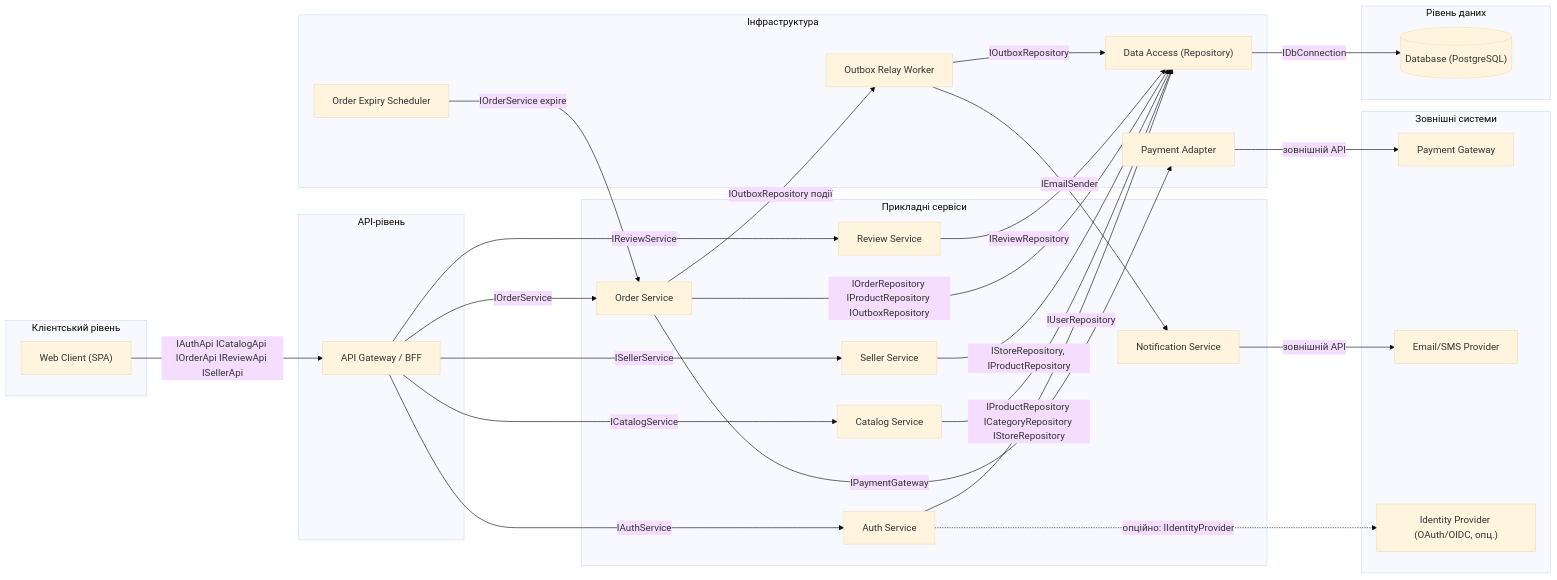
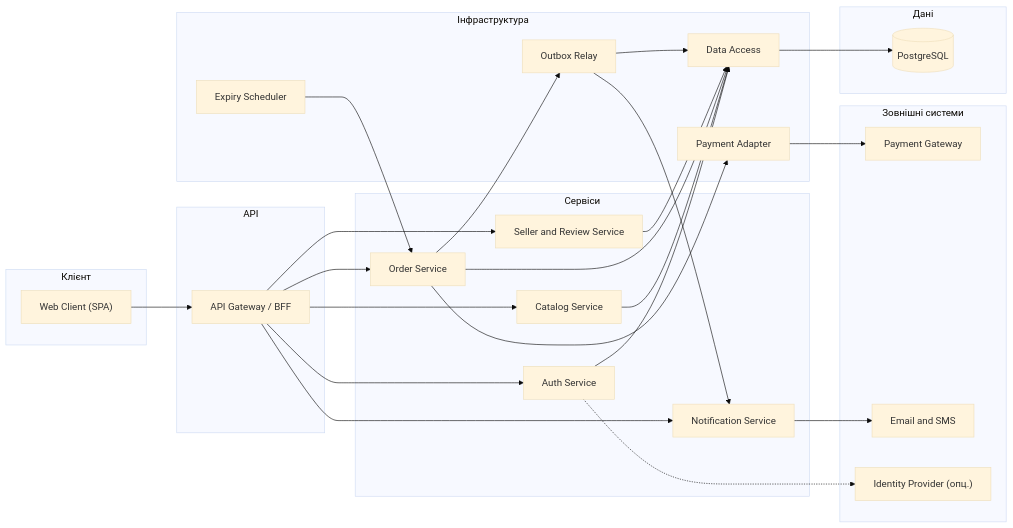
Before and after one commit to Stefect/Modeling-and-Analysis-of-Software-Requirements: the diagram in task-5/component.md, drawn with Mermaid (base theme). The commit also changed other lines of this file, not shown here.

Commit message:
refactor: спрощено Mermaid-діаграму (оглядова, читабельна)

````diff
--- a/task-5/component.md
+++ b/task-5/component.md
@@ -7,74 +7,66 @@
 ```mermaid
 flowchart LR
     %% --- Клієнт ---
-    subgraph Client["Клієнтський рівень"]
+    subgraph Client["Клієнт"]
         WebClient["Web Client (SPA)"]
     end
 
     %% --- API ---
-    subgraph API["API-рівень"]
+    subgraph API["API"]
         Gateway["API Gateway / BFF"]
     end
 
     %% --- Сервіси ---
-    subgraph Services["Прикладні сервіси"]
+    subgraph Services["Сервіси"]
         AuthService["Auth Service"]
         CatalogService["Catalog Service"]
-        SellerService["Seller Service"]
         OrderService["Order Service"]
-        ReviewService["Review Service"]
+        SellerReviewService["Seller and Review Service"]
         NotificationService["Notification Service"]
     end
 
     %% --- Інфраструктура ---
     subgraph Infra["Інфраструктура"]
         PaymentAdapter["Payment Adapter"]
-        OutboxRelay["Outbox Relay Worker"]
-        ExpiryScheduler["Order Expiry Scheduler"]
-        DataAccess["Data Access (Repository)"]
+        OutboxRelay["Outbox Relay"]
+        ExpiryScheduler["Expiry Scheduler"]
+        DataAccess["Data Access"]
     end
 
     %% --- Дані ---
-    subgraph Data["Рівень даних"]
-        Database[("Database (PostgreSQL)")]
+    subgraph Data["Дані"]
+        Database[("PostgreSQL")]
     end
 
-    %% --- Зовнішні системи ---
+    %% --- Зовнішні ---
     subgraph External["Зовнішні системи"]
         PaymentGateway["Payment Gateway"]
-        EmailProvider["Email/SMS Provider"]
-        IdentityProvider["Identity Provider (OAuth/OIDC, опц.)"]
+        EmailProvider["Email and SMS"]
+        IdentityProvider["Identity Provider (опц.)"]
     end
 
-    %% --- Зв'язки клієнт- API ---
-    WebClient -->|IAuthApi ICatalogApi IOrderApi IReviewApi ISellerApi| Gateway
+    %% --- Зв'язки ---
+    WebClient --> Gateway
+    Gateway --> AuthService
+    Gateway --> CatalogService
+    Gateway --> OrderService
+    Gateway --> SellerReviewService
+    Gateway --> NotificationService
 
-    %% --- API -> сервіси ---
-    Gateway -->|IAuthService| AuthService
-    Gateway -->|ICatalogService| CatalogService
-    Gateway -->|IOrderService| OrderService
-    Gateway -->|IReviewService| ReviewService
-    Gateway -->|ISellerService| SellerService
+    AuthService --> DataAccess
+    CatalogService --> DataAccess
+    OrderService --> DataAccess
+    SellerReviewService --> DataAccess
 
-    %% --- Сервіси -> інфраструктура/дані ---
-    AuthService -->|IUserRepository| DataAccess
-    CatalogService -->|IProductRepository ICategoryRepository IStoreRepository| DataAccess
-    SellerService -->|IStoreRepository, IProductRepository| DataAccess
-    OrderService -->|IOrderRepository IProductRepository IOutboxRepository| DataAccess
-    ReviewService -->|IReviewRepository| DataAccess
-    OrderService -->|IPaymentGateway| PaymentAdapter
-    OrderService -->|IOutboxRepository події| OutboxRelay
+    OrderService --> PaymentAdapter
+    OrderService --> OutboxRelay
+    OutboxRelay --> DataAccess
+    OutboxRelay --> NotificationService
+    ExpiryScheduler --> OrderService
 
-    %% --- Фонові процеси ---
-    OutboxRelay -->|IOutboxRepository| DataAccess
-    OutboxRelay -->|IEmailSender| NotificationService
-    ExpiryScheduler -->|IOrderService expire| OrderService
+    PaymentAdapter --> PaymentGateway
+    NotificationService --> EmailProvider
+    AuthService -.-> IdentityProvider
 
-    %% --- Зовнішні інтеграції ---
-    PaymentAdapter -->|зовнішній API| PaymentGateway
-    NotificationService -->|зовнішній API| EmailProvider
-    AuthService -.->|опційно: IIdentityProvider| IdentityProvider
-
-    %% --- БД ---
-    DataAccess -->|IDbConnection| Database
+    DataAccess --> Database
 ```
````
